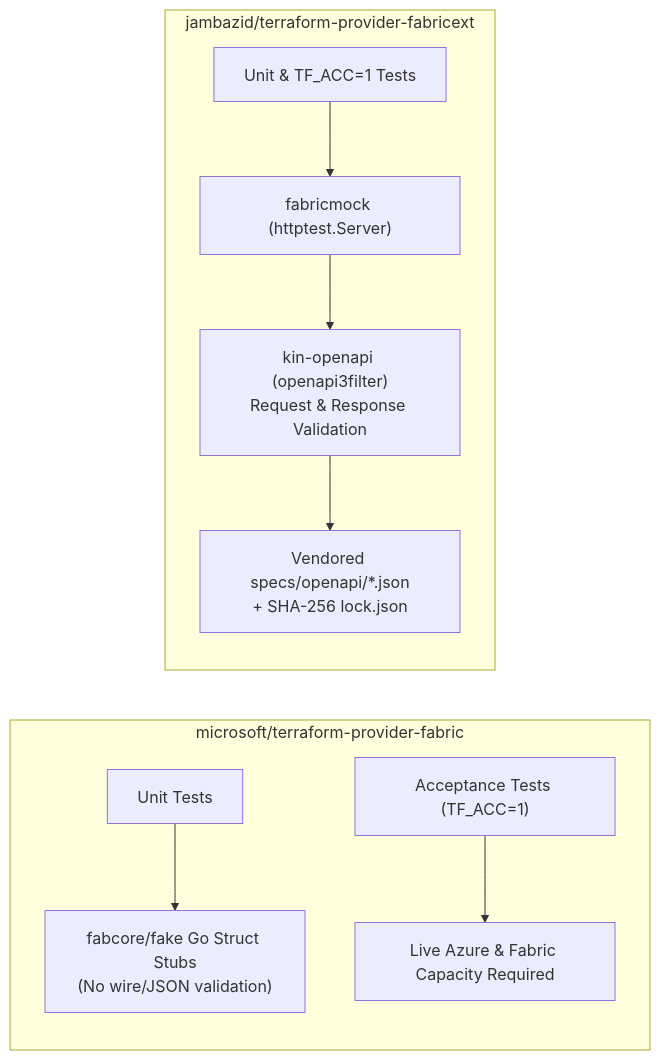
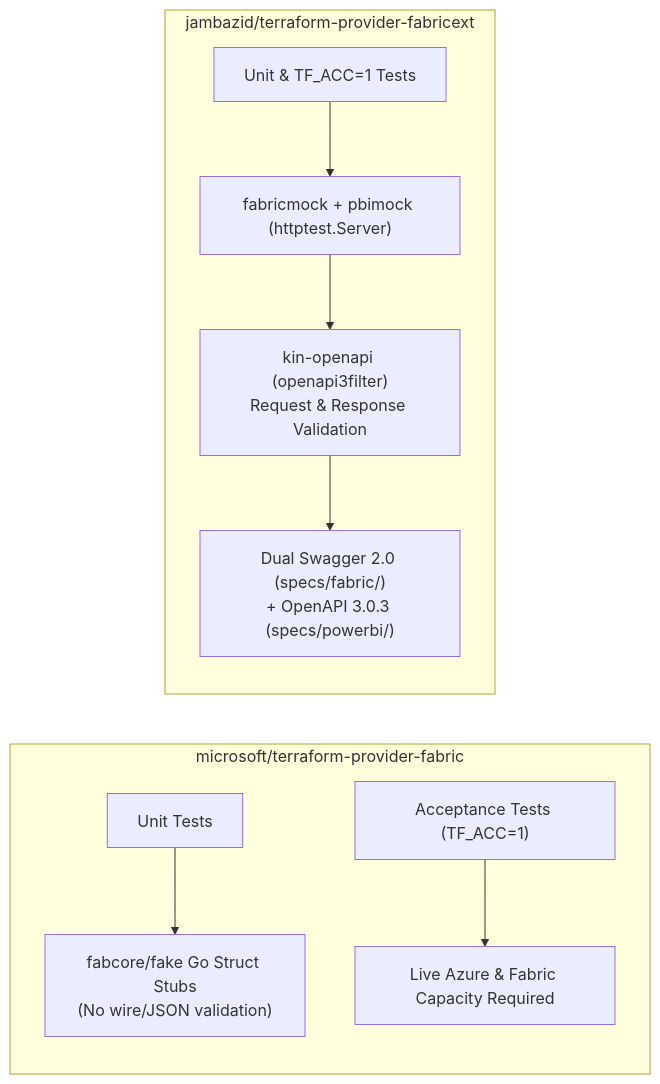
One commit to jambazid/terraform-provider-fabricext changed the diagram in guides/official_provider_comparison.md. Above: the diagram before and after it, drawn with Mermaid. The commit also changed other lines of this file and 106 other files, not shown here.

````diff
--- a/guides/official_provider_comparison.md
+++ b/guides/official_provider_comparison.md
@@ -163,13 +179,13 @@
 ```mermaid
 flowchart LR
     subgraph Official["microsoft/terraform-provider-fabric"]
         A1["Unit Tests"] --> A2["fabcore/fake Go Struct Stubs<br/>(No wire/JSON validation)"]
         A3["Acceptance Tests (TF_ACC=1)"] --> A4["Live Azure & Fabric Capacity Required"]
     end
 
     subgraph Community["jambazid/terraform-provider-fabricext"]
-        B1["Unit & TF_ACC=1 Tests"] --> B2["fabricmock (httptest.Server)"]
+        B1["Unit & TF_ACC=1 Tests"] --> B2["fabricmock + pbimock (httptest.Server)"]
         B2 --> B3["kin-openapi (openapi3filter)<br/>Request & Response Validation"]
-        B3 --> B4["Vendored specs/openapi/*.json<br/>+ SHA-256 lock.json"]
+        B3 --> B4["Dual Swagger 2.0 (specs/fabric/)<br/>+ OpenAPI 3.0.3 (specs/powerbi/)"]
     end
 ```
````
